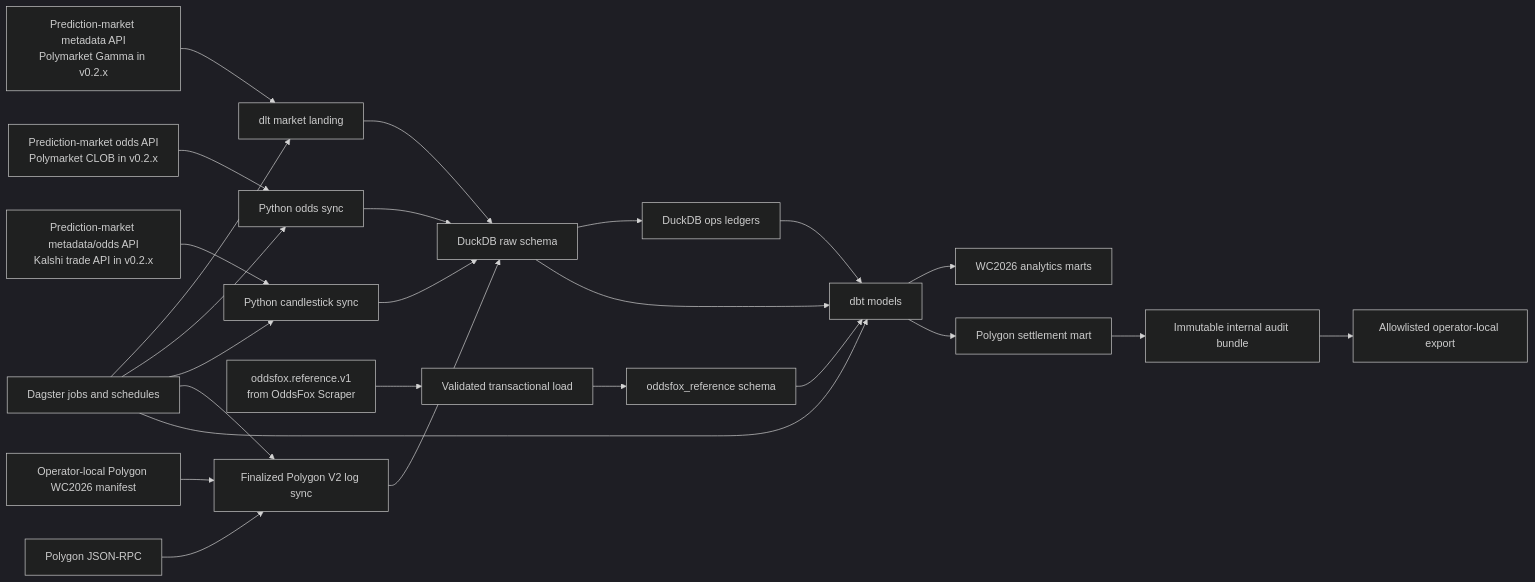
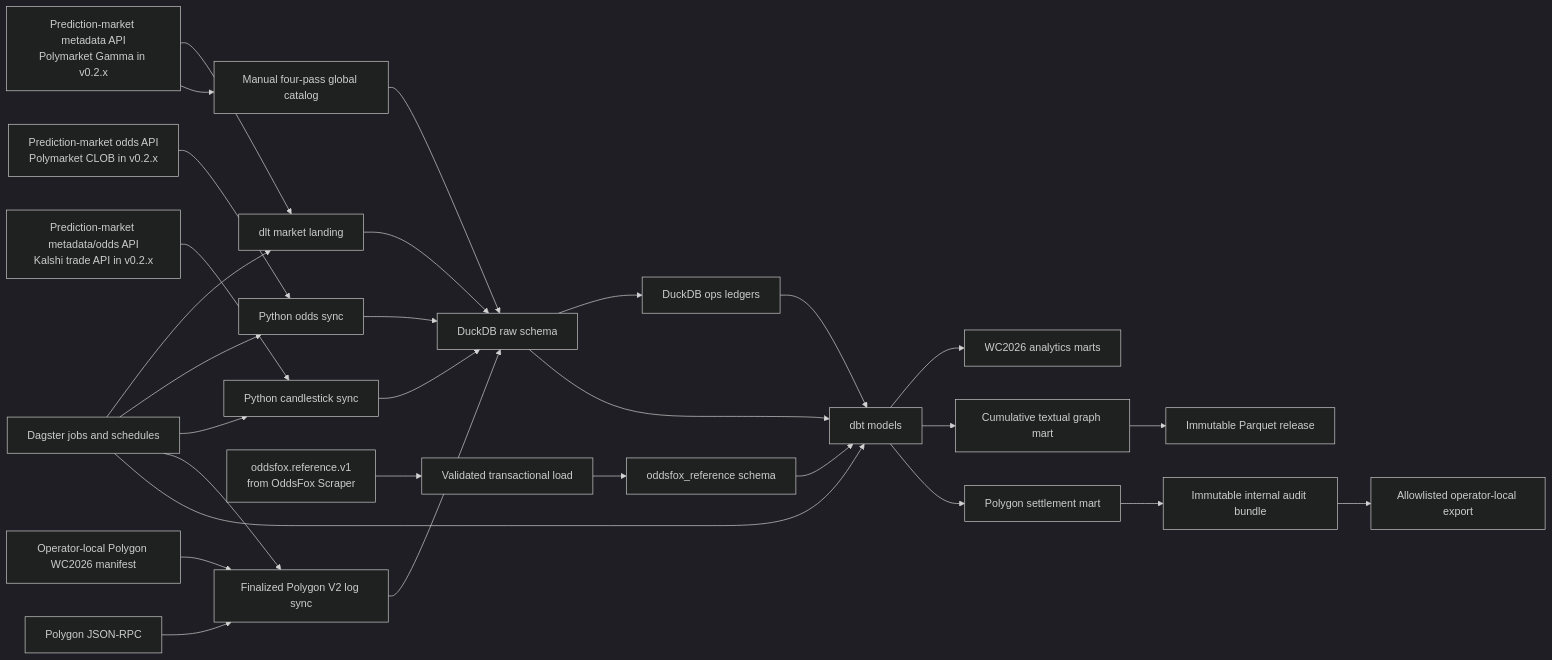
One commit to hypertrial/oddsfox-pipeline changed the first of 2 diagrams in docs/concepts/architecture.md. Above: the diagram before and after it, drawn with Mermaid (dark theme). The commit also changed other lines of this file and 52 other files, not shown here.

Commit message:
Add cumulative Polymarket graph catalog pipeline

````diff
--- a/docs/concepts/architecture.md
+++ b/docs/concepts/architecture.md
@@ -28,27 +29,31 @@
 ```mermaid
 flowchart LR
     gamma["Prediction-market metadata API<br/>Polymarket Gamma in v0.2.x"] --> dlt["dlt market landing"]
+    gamma --> catalog["Manual four-pass global catalog"]
     clob["Prediction-market odds API<br/>Polymarket CLOB in v0.2.x"] --> odds["Python odds sync"]
     kalshi_api["Prediction-market metadata/odds API<br/>Kalshi trade API in v0.2.x"] --> kalshi_sync["Python candlestick sync"]
     reference["oddsfox.reference.v1<br/>from OddsFox Scraper"] --> reference_load["Validated transactional load"]
     seed["Operator-local Polygon WC2026 manifest"] --> polygon_sync["Finalized Polygon V2 log sync"]
     polygon_rpc["Polygon JSON-RPC"] --> polygon_sync
     dlt --> raw["DuckDB raw schema"]
+    catalog --> raw
     odds --> raw
     kalshi_sync --> raw
     reference_load --> reference_schema["oddsfox_reference schema"]
     polygon_sync --> raw
     raw --> ops["DuckDB ops ledgers"]
     raw --> dbt["dbt models"]
     reference_schema --> dbt
     ops --> dbt
     dbt --> marts["WC2026 analytics marts"]
+    dbt --> graph_mart["Cumulative textual graph mart"]
+    graph_mart --> graph_release["Immutable Parquet release"]
     dbt --> polygon_mart["Polygon settlement mart"]
     polygon_mart --> audit["Immutable internal audit bundle"]
     audit --> export["Allowlisted operator-local export"]
     dagster["Dagster jobs and schedules"] --> dlt
     dagster --> odds
     dagster --> kalshi_sync
     dagster --> polygon_sync
     dagster --> dbt
 ```
````
